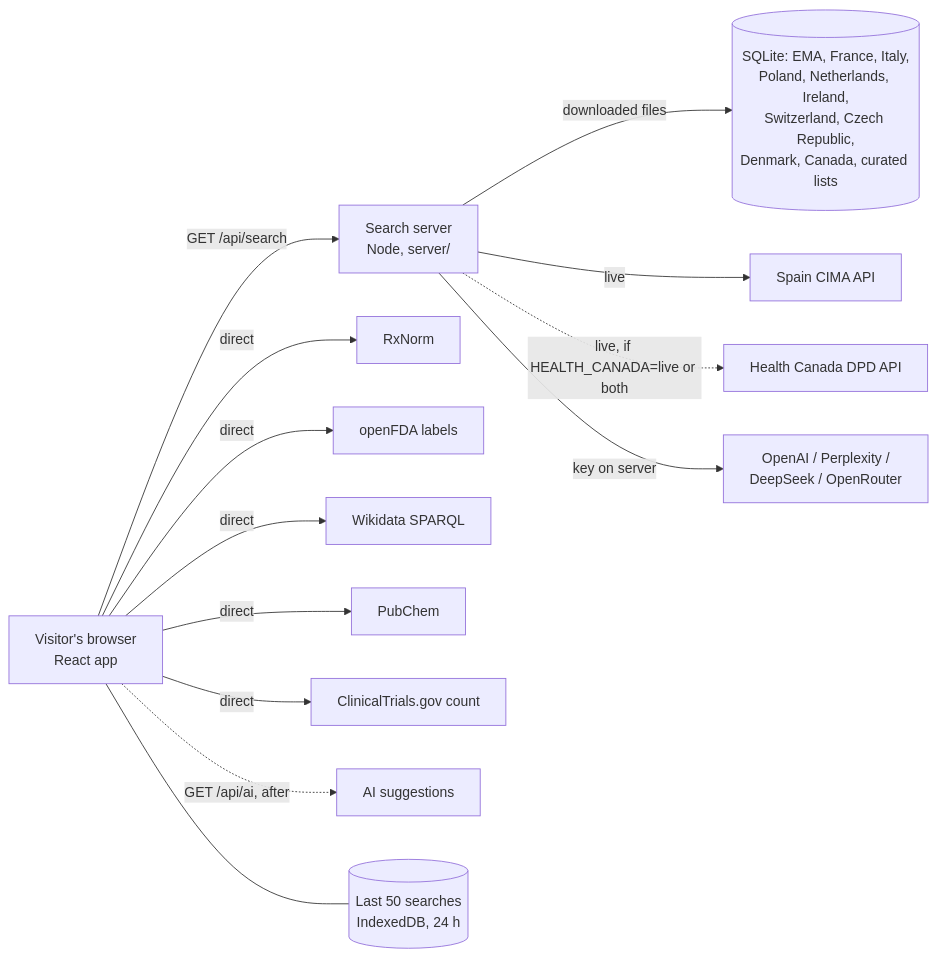
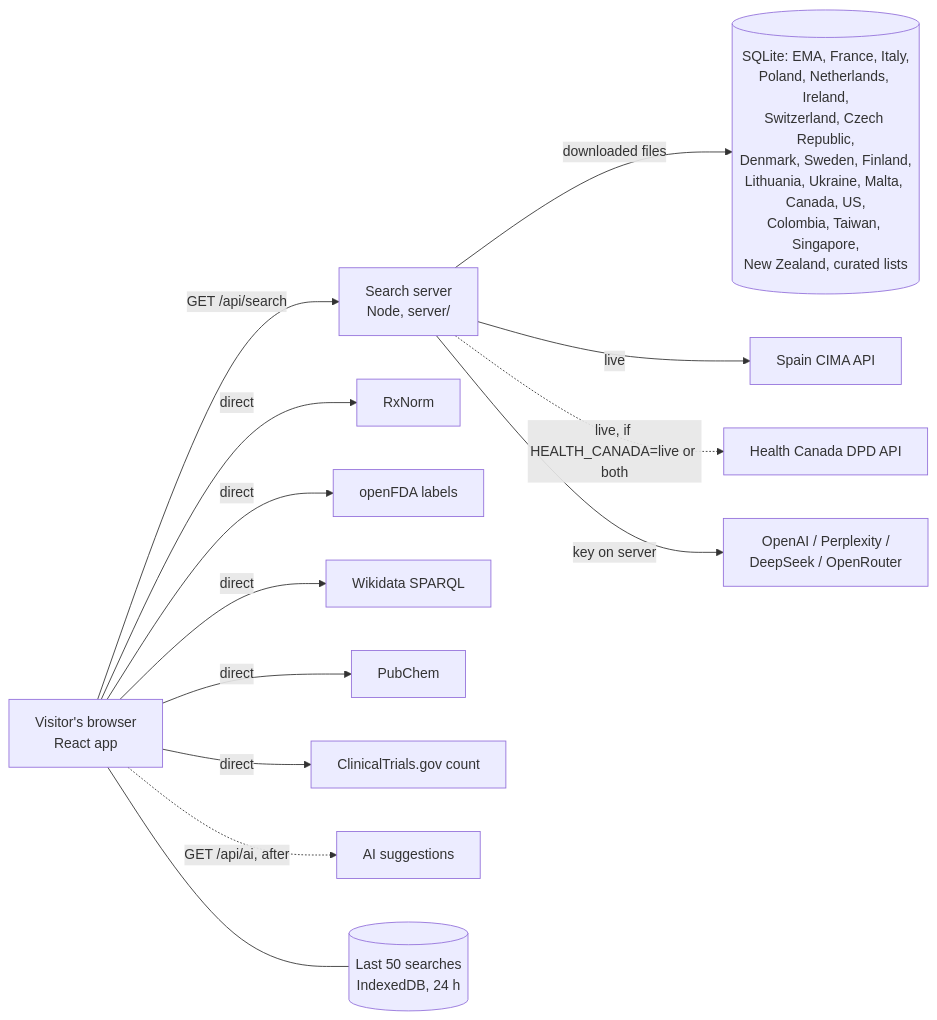
One commit to andreibesleaga/medicine-finder changed the diagram in docs/ARCHITECTURE.md. Above: the diagram before and after it, drawn with Mermaid. The commit also changed other lines of this file and 35 other files, not shown here.

First line of the commit message:
v2.3.0: nine more official registers (US, Colombia, Taiwan, Singapore, New Zealand, Sweden, Lithuania, Ukraine, Malta); docs/DATA-SOURCES.md with every register checked; terms links; ingredient name groups (#81)

````diff
--- a/docs/ARCHITECTURE.md
+++ b/docs/ARCHITECTURE.md
@@ -11,15 +11,15 @@
 ```mermaid
 flowchart LR
   U[Visitor's browser<br/>React app] -->|GET /api/search| S[Search server<br/>Node, server/]
   U -->|direct| R[RxNorm]
   U -->|direct| F[openFDA labels]
   U -->|direct| W[Wikidata SPARQL]
   U -->|direct| P[PubChem]
   U -->|direct| T[ClinicalTrials.gov count]
   U -.->|GET /api/ai, after| AI2[AI suggestions]
   U --- C[(Last 50 searches<br/>IndexedDB, 24 h)]
-  S -->|downloaded files| D[(SQLite: EMA, France, Italy,<br/>Poland, Netherlands, Ireland,<br/>Switzerland, Czech Republic,<br/>Denmark, Canada, curated lists)]
+  S -->|downloaded files| D[(SQLite: EMA, France, Italy,<br/>Poland, Netherlands, Ireland,<br/>Switzerland, Czech Republic,<br/>Denmark, Sweden, Finland,<br/>Lithuania, Ukraine, Malta, Canada, US,<br/>Colombia, Taiwan, Singapore,<br/>New Zealand, curated lists)]
   S -->|live| ES[Spain CIMA API]
   S -.->|live, if HEALTH_CANADA=live or both| HC[Health Canada DPD API]
   S -->|key on server| AI[OpenAI / Perplexity /<br/>DeepSeek / OpenRouter]
 ```
````
